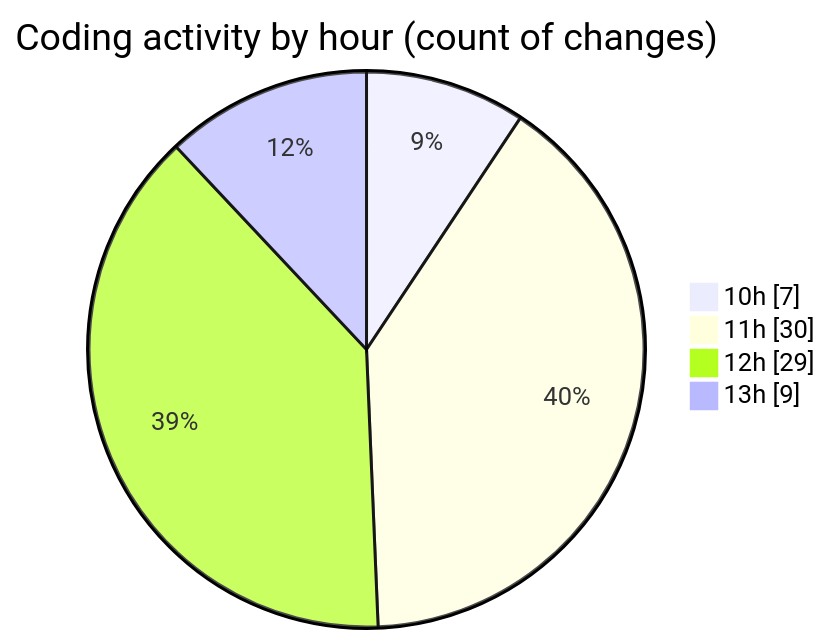
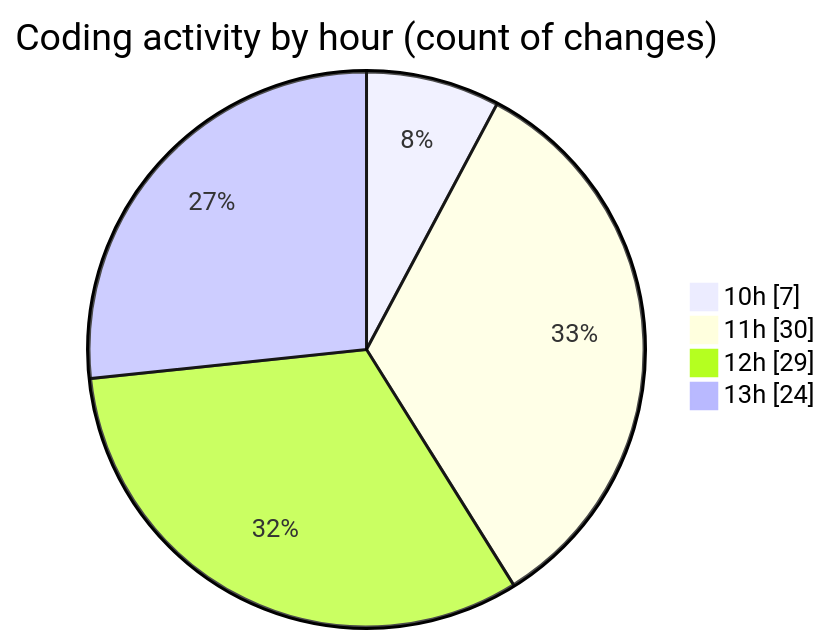
One commit to momahboobian/code-tracking changed the second of 2 diagrams in 2025-06-26/cda/README.md. Above: the diagram before and after it, drawn with Mermaid. The commit also changed other lines of this file and 1 other file, not shown here.

````diff
--- a/2025-06-26/cda/README.md
+++ b/2025-06-26/cda/README.md
@@ -35,8 +36,8 @@
 ```mermaid
 pie showData
 title Coding activity by hour (count of changes)
 "10h" : 7
 "11h" : 30
 "12h" : 29
-"13h" : 9
+"13h" : 24
 ```
````
